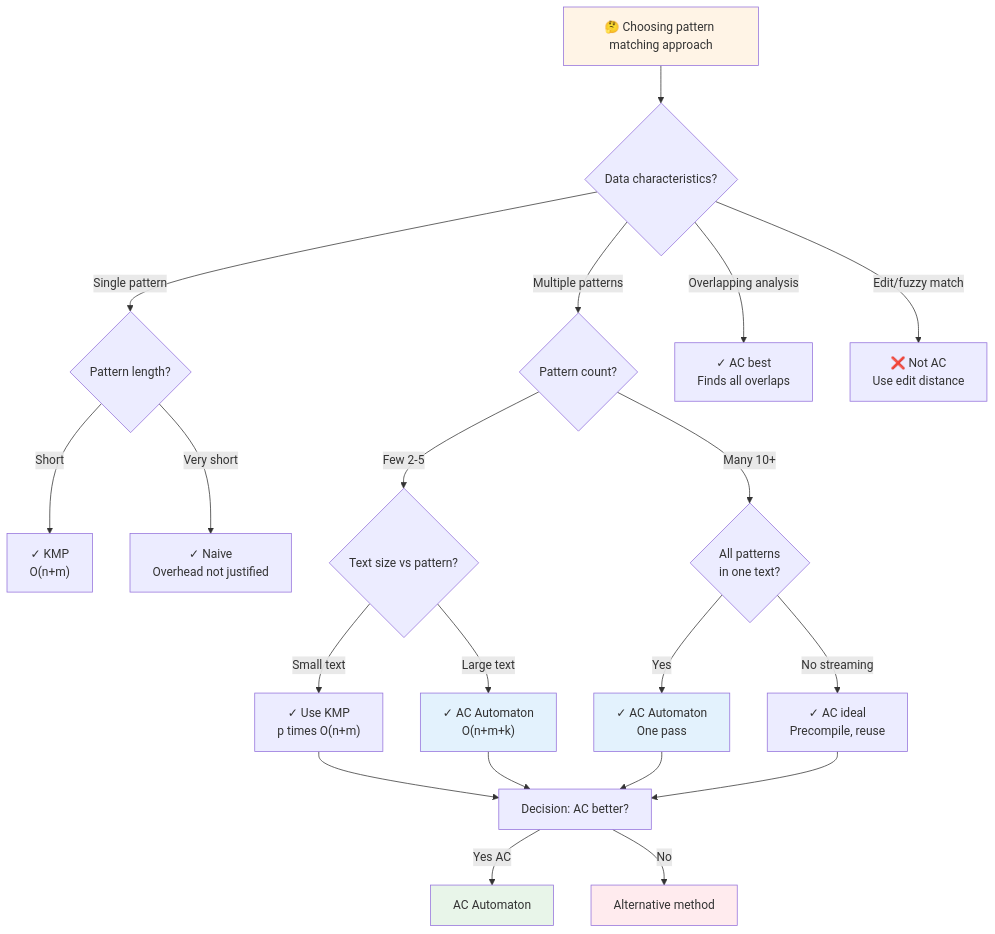
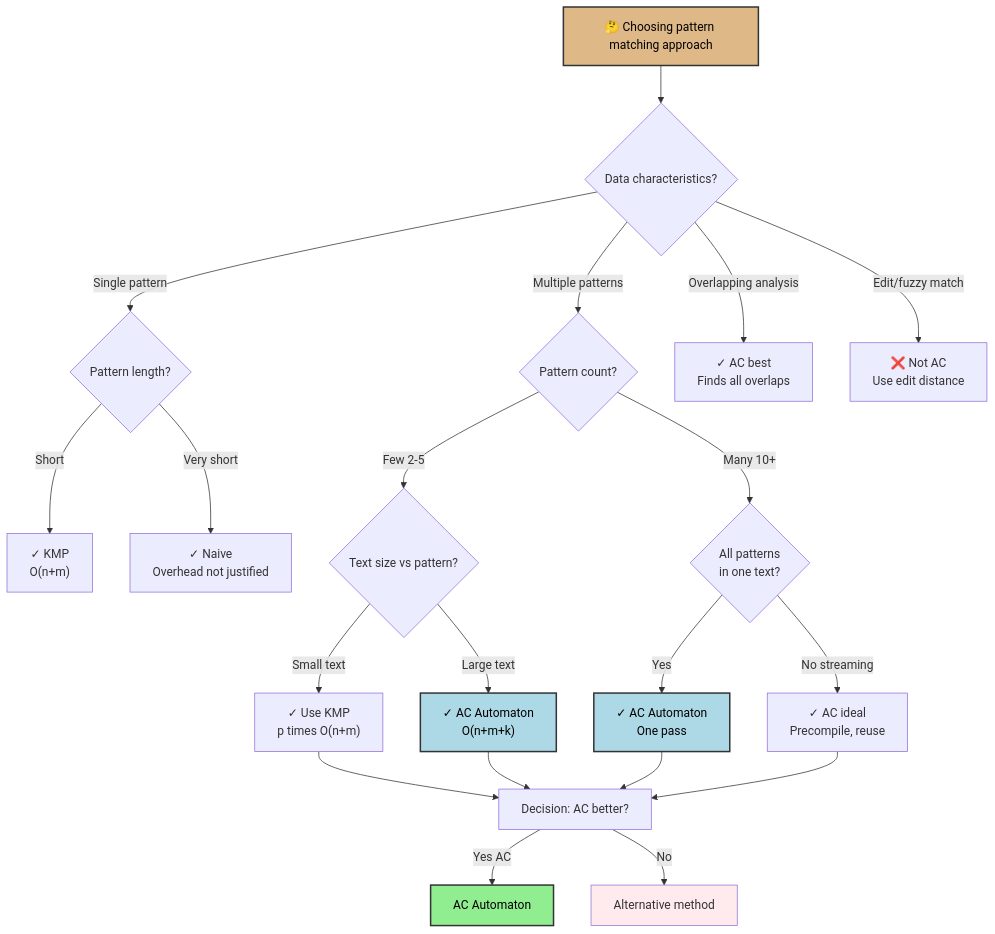
One commit to souradeepta/interviewprep changed the fourth of 4 diagrams in docs/advanced_ds/ac_automaton.md. Above: the diagram before and after it, drawn with Mermaid. The commit also changed other lines of this file and 31 other files, not shown here.

Commit message:
updated graphs

````diff
--- a/docs/advanced_ds/ac_automaton.md
+++ b/docs/advanced_ds/ac_automaton.md
@@ -179,29 +179,29 @@
 ```mermaid
 flowchart TD
     A["🤔 Choosing pattern matching approach"] --> B{Data characteristics?}
     B -->|Single pattern| C{Pattern length?}
     C -->|Short| D["✓ KMP<br/>O(n+m)"]
     C -->|Very short| E["✓ Naive<br/>Overhead not justified"]
     B -->|Multiple patterns| F{Pattern count?}
     F -->|Few 2-5| G{Text size vs pattern?}
     G -->|Small text| H["✓ Use KMP<br/>p times O(n+m)"]
     G -->|Large text| I["✓ AC Automaton<br/>O(n+m+k)"]
     F -->|Many 10+| J{All patterns<br/>in one text?}
     J -->|Yes| K["✓ AC Automaton<br/>One pass"]
     J -->|No streaming| L["✓ AC ideal<br/>Precompile, reuse"]
     B -->|Overlapping analysis| M["✓ AC best<br/>Finds all overlaps"]
     B -->|Edit/fuzzy match| N["❌ Not AC<br/>Use edit distance"]
     
     H --> O["Decision: AC better?"]
     I --> O
     K --> O
     L --> O
     O -->|Yes AC| P["AC Automaton"]
     O -->|No| Q["Alternative method"]
     
-    style A fill:#fff4e6
-    style P fill:#e8f5e9
+    style A fill:#deb887,color:#000,stroke:#333,stroke-width:2px
+    style P fill:#90ee90,color:#000,stroke:#333,stroke-width:2px
     style Q fill:#ffebee
-    style K fill:#e3f2fd
-    style I fill:#e3f2fd
+    style K fill:#add8e6,color:#000,stroke:#333,stroke-width:2px
+    style I fill:#add8e6,color:#000,stroke:#333,stroke-width:2px
 ```
````
